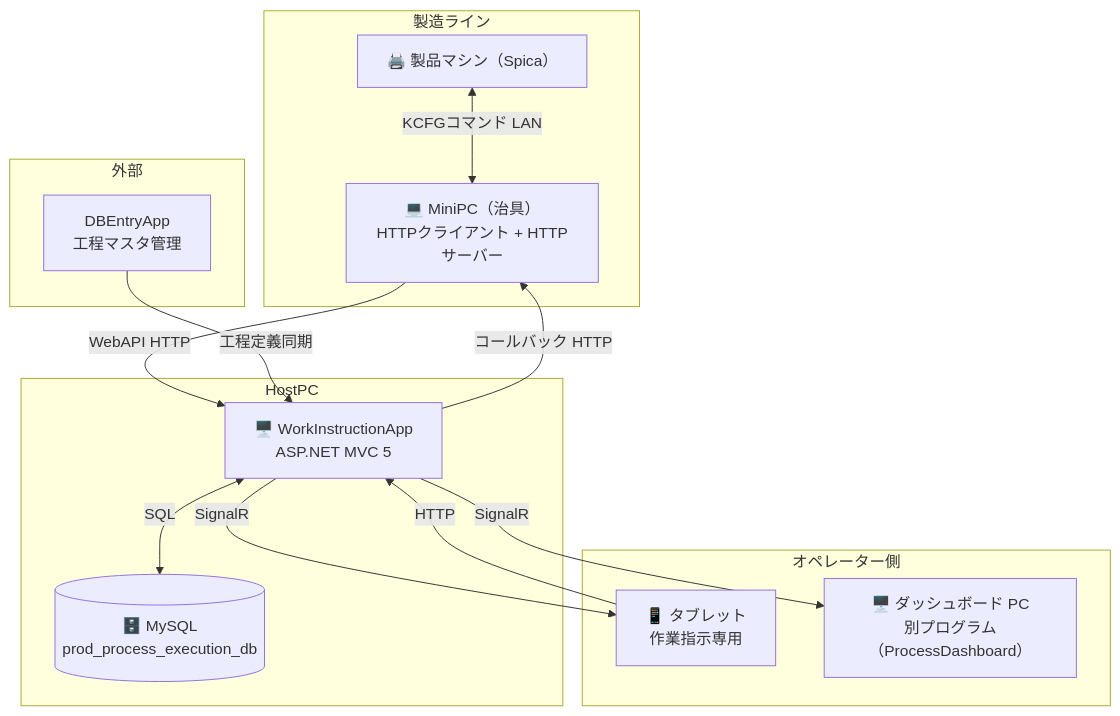
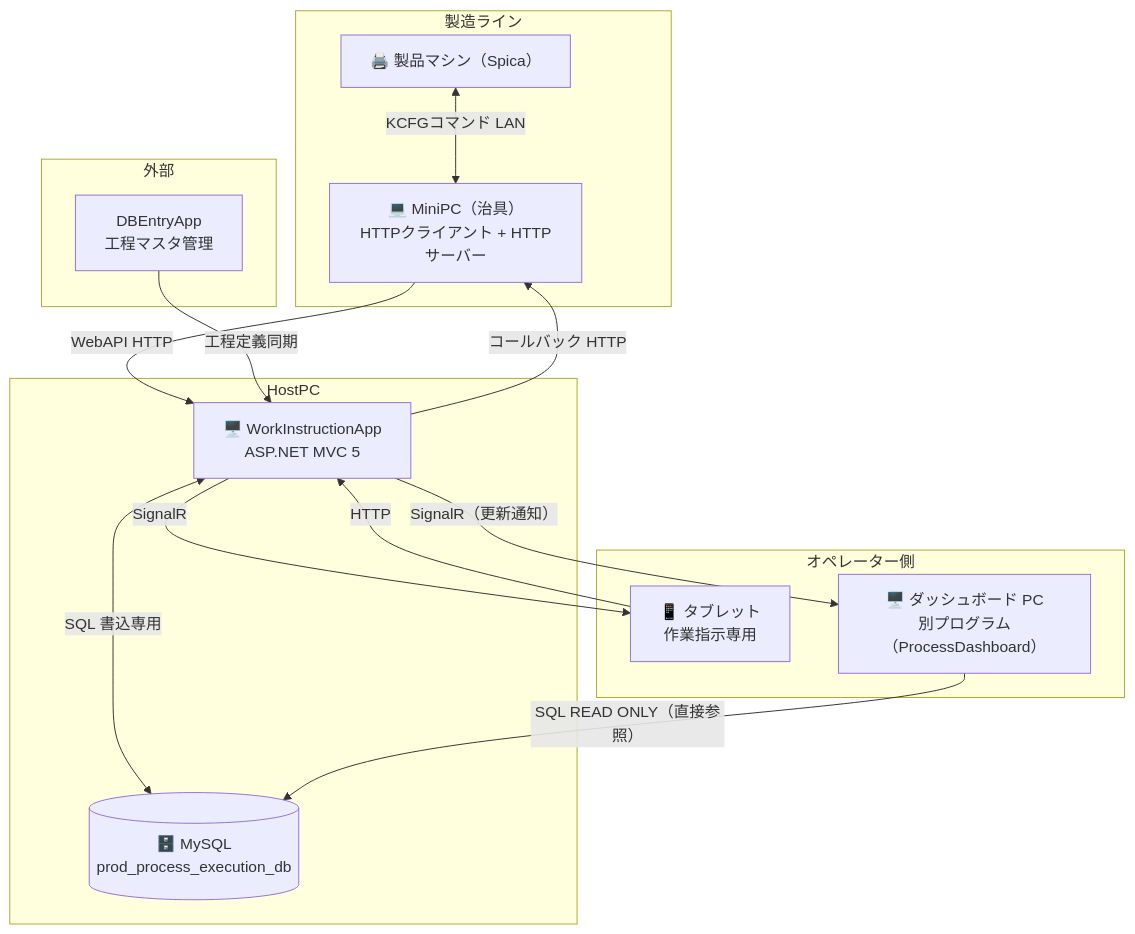
Before and after one commit to namagi14-lab/spica-warranty-design: the diagram in README.md, drawn with Mermaid. The commit also changed other lines of this file and 4 other files, not shown here.

````diff
--- a/README.md
+++ b/README.md
@@ -10,30 +10,31 @@
 ```mermaid
 graph TB
     subgraph 製造ライン
         P["🖨️ 製品マシン（Spica）"]
         M["💻 MiniPC（治具）\nHTTPクライアント + HTTPサーバー"]
         P <-->|KCFGコマンド LAN| M
     end
 
     subgraph HostPC
         H["🖥️ WorkInstructionApp\nASP.NET MVC 5"]
         DB[("🗄️ MySQL\nprod_process_execution_db")]
-        H <-->|SQL| DB
+        H <-->|SQL 書込専用| DB
     end
 
     subgraph オペレーター側
         T["📱 タブレット\n作業指示専用"]
         Dash["🖥️ ダッシュボード PC\n別プログラム（ProcessDashboard）"]
     end
 
     subgraph 外部
         DBE["DBEntryApp\n工程マスタ管理"]
     end
 
     M -->|WebAPI HTTP| H
     H -->|コールバック HTTP| M
     T -->|HTTP| H
     H -->|SignalR| T
-    H -->|SignalR| Dash
+    H -->|SignalR（更新通知）| Dash
+    Dash -->|SQL READ ONLY（直接参照）| DB
     DBE -->|工程定義同期| H
 ```
````
